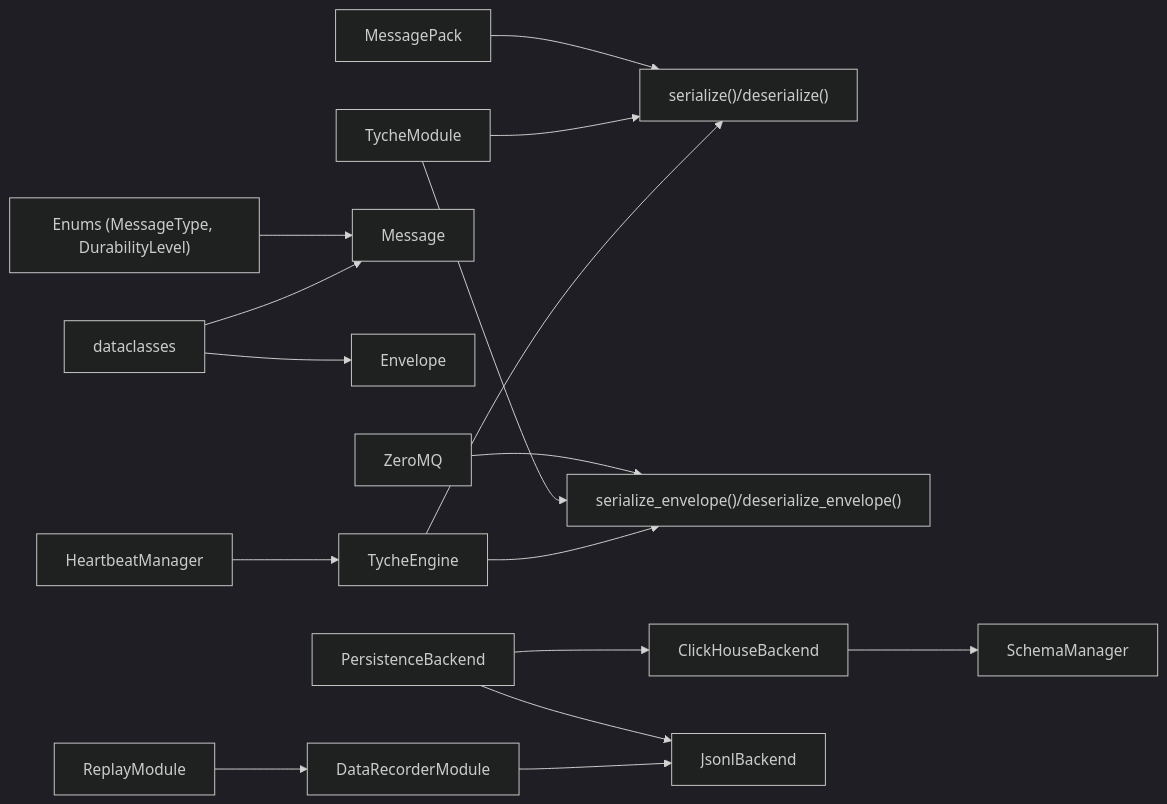
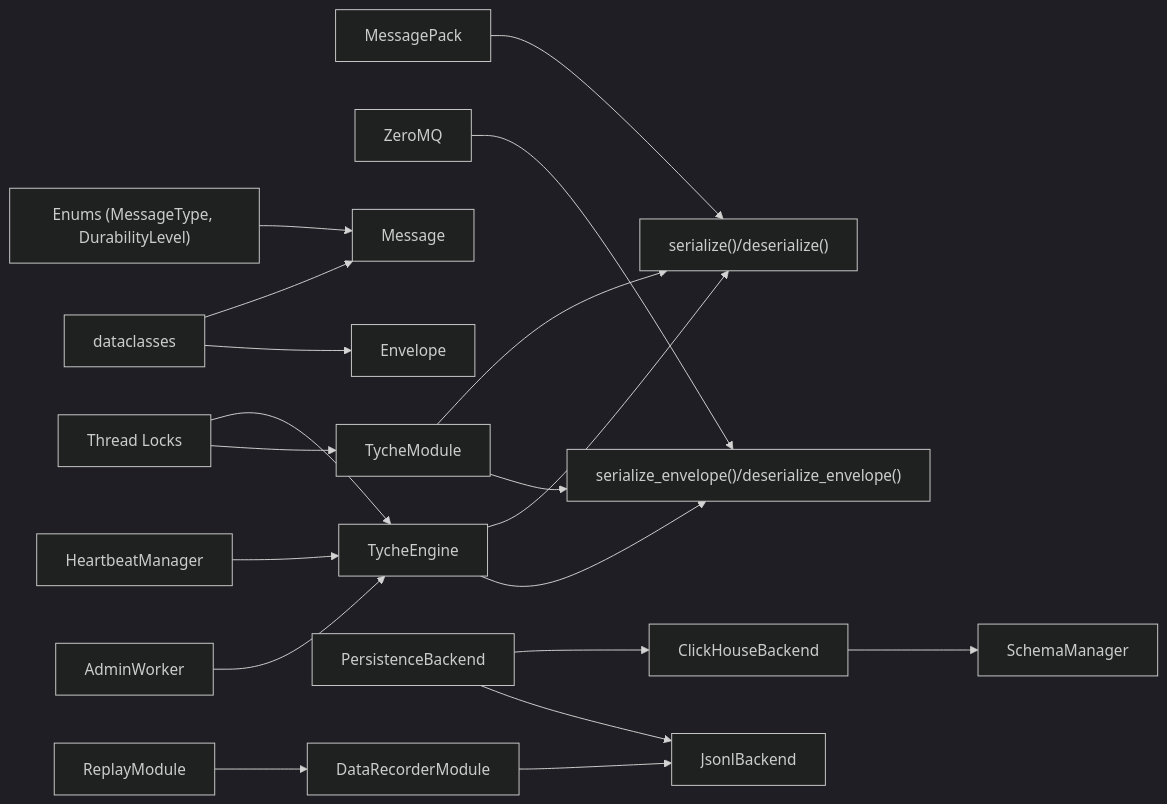
Before and after one commit to zt281/TycheEngine: diagram 17 of 17 in .qoder/repowiki/en/content/Message System.md, drawn with Mermaid (dark theme). The commit also changed other lines of this file and 34 other files, not shown here.

````diff
--- a/.qoder/repowiki/en/content/Message System.md
+++ b/.qoder/repowiki/en/content/Message System.md
@@ -646,18 +777,21 @@
 ```mermaid
 graph LR
 MP["MessagePack"] --> SER["serialize()/deserialize()"]
 ZMQ["ZeroMQ"] --> ENVSER["serialize_envelope()/deserialize_envelope()"]
 ENUM["Enums (MessageType, DurabilityLevel)"] --> MSG["Message"]
 DC["dataclasses"] --> MSG
 DC --> ENV["Envelope"]
 HB["HeartbeatManager"] --> ENG["TycheEngine"]
 MOD["TycheModule"] --> SER
 MOD --> ENVSER
 ENG --> SER
 ENG --> ENVSER
 PERS["PersistenceBackend"] --> CK["ClickHouseBackend"]
 PERS --> JL["JsonlBackend"]
 CK --> SM["SchemaManager"]
 REC["DataRecorderModule"] --> JL
 REP["ReplayModule"] --> REC
+ADM["AdminWorker"] --> ENG
+LOCK["Thread Locks"] --> ENG
+LOCK --> MOD
 ```
````
